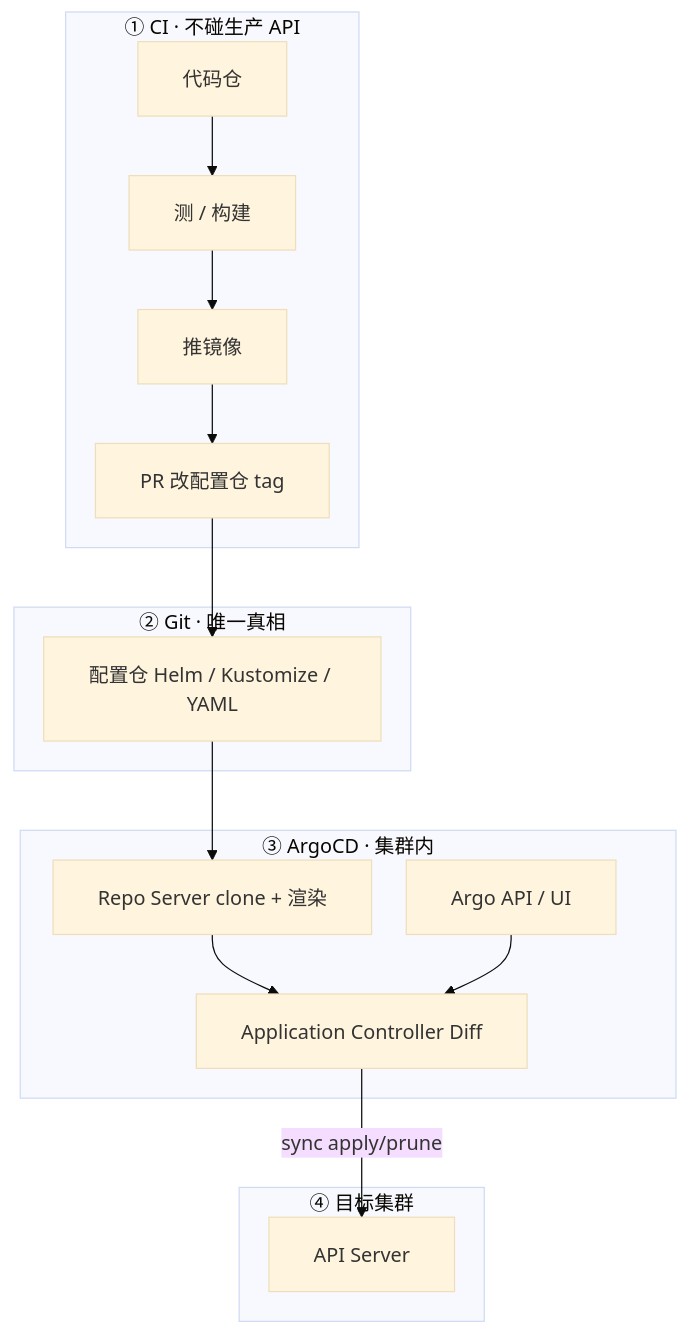
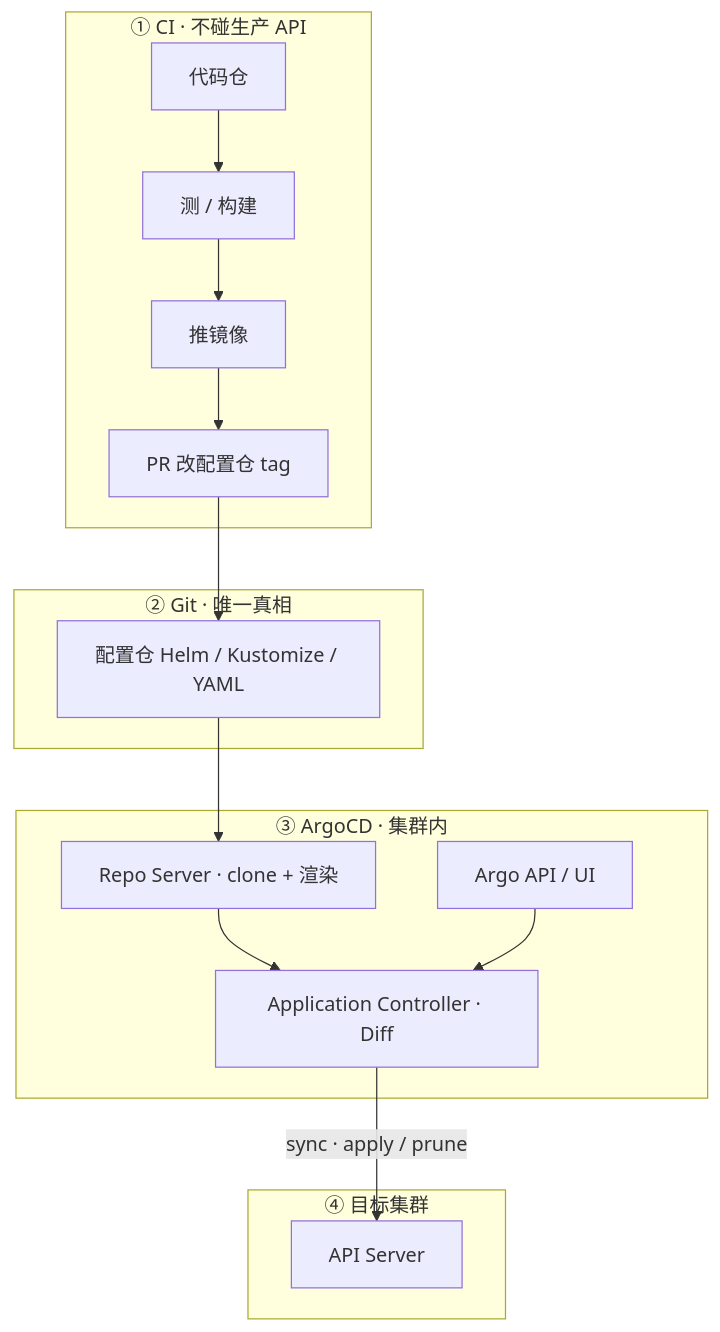
One commit to ml-cuizijun/LearnToLilith changed the second of 8 diagrams in 03-Kubernetes/23-GitOps-ArgoCD与Tekton/知识点.md. Above: the diagram before and after it, drawn with Mermaid. The commit also changed other lines of this file and 178 other files, not shown here.

````diff
--- a/03-Kubernetes/23-GitOps-ArgoCD与Tekton/知识点.md
+++ b/03-Kubernetes/23-GitOps-ArgoCD与Tekton/知识点.md
@@ -86,33 +87,23 @@
 ```mermaid
-%%{init: {"flowchart": {"padding": 18, "nodeSpacing": 28, "rankSpacing": 48}, "theme": "base"}}%%
 flowchart TB
     subgraph ci ["① CI · 不碰生产 API"]
         code[代码仓] --> test[测 / 构建]
         test --> img[推镜像]
         img --> pr[PR 改配置仓 tag]
     end
-
     subgraph git ["② Git · 唯一真相"]
         cfg[配置仓 Helm / Kustomize / YAML]
         pr --> cfg
     end
-
     subgraph argo ["③ ArgoCD · 集群内"]
-        repo[Repo Server clone + 渲染]
-        ctrl[Application Controller Diff]
+        repo[Repo Server · clone + 渲染]
+        ctrl[Application Controller · Diff]
         apiA[Argo API / UI]
         cfg --> repo --> ctrl
         apiA --> ctrl
     end
-
     subgraph dest ["④ 目标集群"]
         k8s[API Server]
-        ctrl -->|sync apply/prune| k8s
+        ctrl -->|sync · apply / prune| k8s
     end
-
-    class code,test,img,pr ciN
-    class cfg gitN
-    class repo,ctrl,apiA argoN
-    class k8s destN
-
 ```
````
